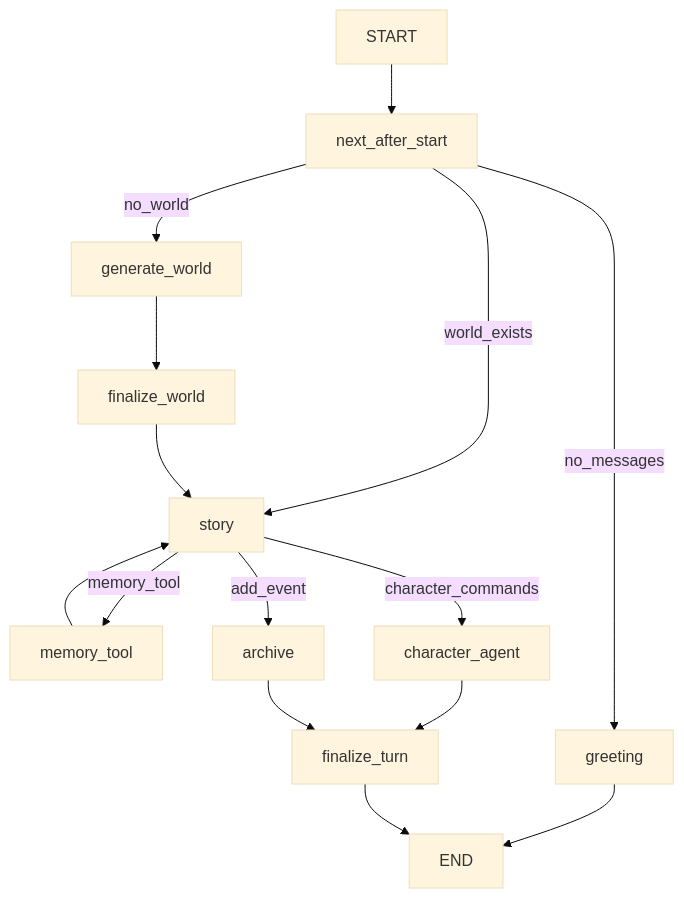
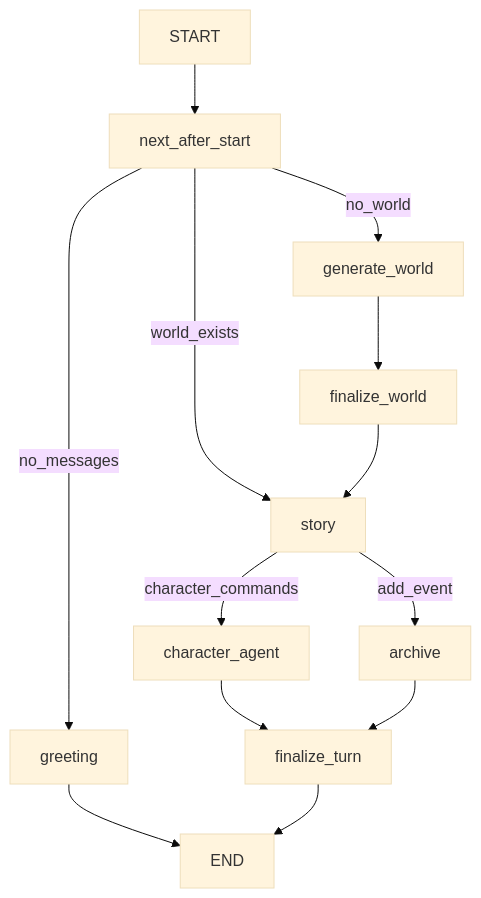
The first of 2 diagrams in README.md (mary-el/storyteLLer), drawn with Mermaid (base theme) before and after one commit. The commit also changed other lines of this file and 12 other files, not shown here.

````diff
--- a/README.md
+++ b/README.md
@@ -100,17 +92,15 @@
 ```mermaid
 flowchart TD
   START --> nextStart[next_after_start]
   nextStart -->|no_messages| greeting
   nextStart -->|no_world| generate_world
   nextStart -->|world_exists| story
   generate_world --> finalize_world
   finalize_world --> story
   greeting --> END
-  story -->|memory_tool| memory_tool
   story -->|character_commands| character_agent
   story -->|add_event| archive
-  memory_tool --> story
   character_agent --> finalize_turn
   archive --> finalize_turn
   finalize_turn --> END
 ```
````
